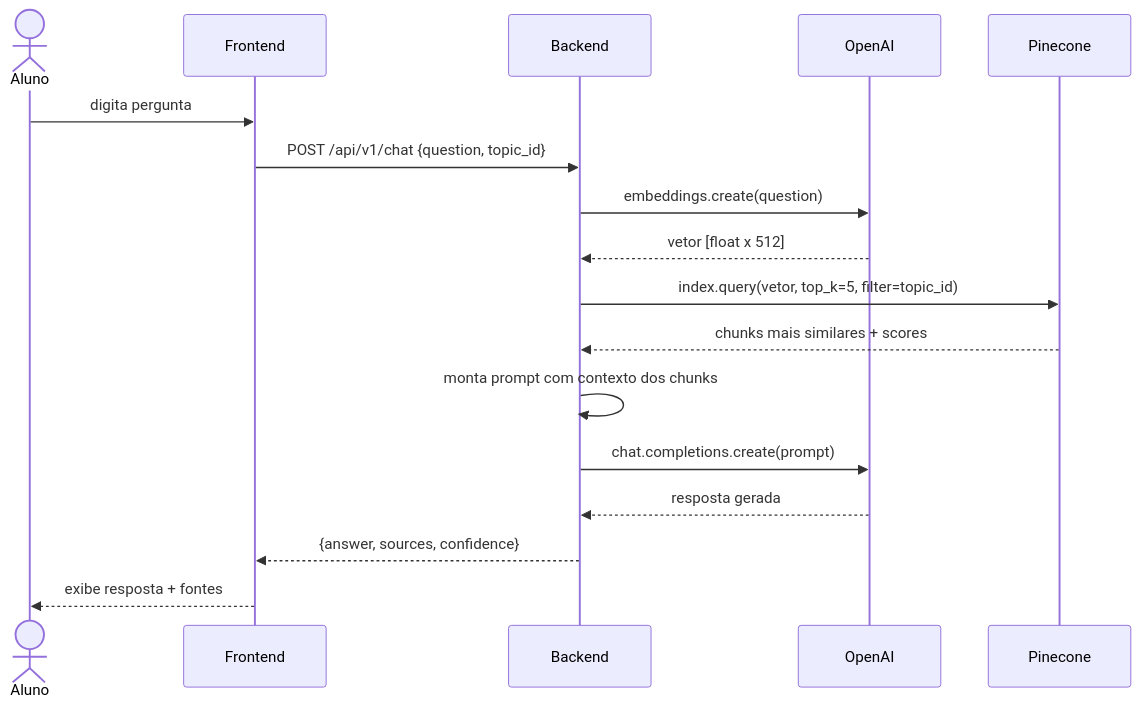
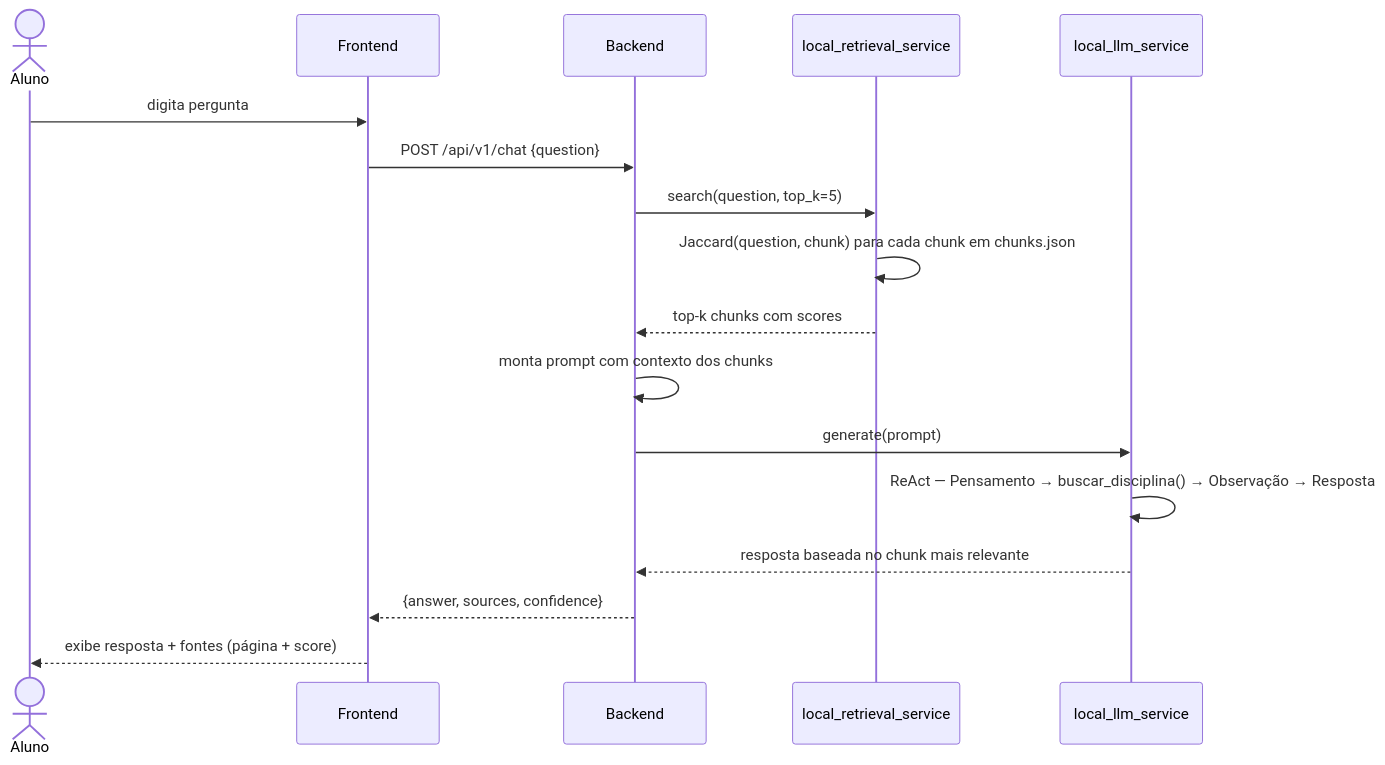
The second of 3 diagrams in README.md (John-Rocha/projeto-ia-unifap), drawn with Mermaid before and after one commit. The commit also changed other lines of this file, not shown here.

Commit message:
feat: update README to reflect local service implementations and remove external dependencies

````diff
--- a/README.md
+++ b/README.md
@@ -74,20 +76,20 @@
 ```mermaid
 sequenceDiagram
     actor Aluno
     participant FE as Frontend
     participant BE as Backend
-    participant OAI as OpenAI
-    participant PC as Pinecone
+    participant RET as local_retrieval_service
+    participant LLM as local_llm_service
 
     Aluno->>FE: digita pergunta
-    FE->>BE: POST /api/v1/chat {question, topic_id}
-    BE->>OAI: embeddings.create(question)
-    OAI-->>BE: vetor [float x 512]
-    BE->>PC: index.query(vetor, top_k=5, filter=topic_id)
-    PC-->>BE: chunks mais similares + scores
+    FE->>BE: POST /api/v1/chat {question}
+    BE->>RET: search(question, top_k=5)
+    RET->>RET: Jaccard(question, chunk) para cada chunk em chunks.json
+    RET-->>BE: top-k chunks com scores
     BE->>BE: monta prompt com contexto dos chunks
-    BE->>OAI: chat.completions.create(prompt)
-    OAI-->>BE: resposta gerada
+    BE->>LLM: generate(prompt)
+    LLM->>LLM: ReAct — Pensamento → buscar_disciplina() → Observação → Resposta
+    LLM-->>BE: resposta baseada no chunk mais relevante
     BE-->>FE: {answer, sources, confidence}
-    FE-->>Aluno: exibe resposta + fontes
+    FE-->>Aluno: exibe resposta + fontes (página + score)
 ```
````
